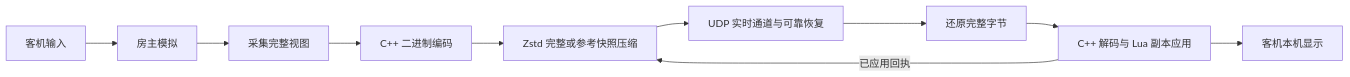
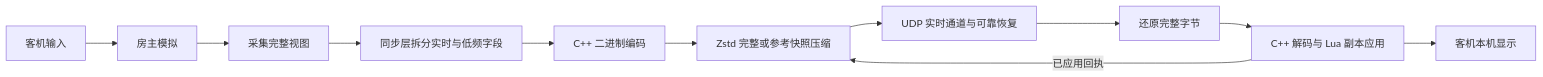
One commit to BMingSY/isaac-lan changed the diagram in docs/synchronization.md. Above: the diagram before and after it, drawn with Mermaid. The commit also changed other lines of this file and 107 other files, not shown here.

````diff
--- a/docs/synchronization.md
+++ b/docs/synchronization.md
@@ -7,12 +7,13 @@
 ```mermaid
 flowchart LR
     I[客机输入] --> H[房主模拟]
     H --> C[采集完整视图]
-    C --> E[C++ 二进制编码]
+    C --> L[同步层拆分实时与低频字段]
+    L --> E[C++ 二进制编码]
     E --> D[Zstd 完整或参考快照压缩]
     D --> T[UDP 实时通道与可靠恢复]
     T --> R[还原完整字节]
     R --> A[C++ 解码与 Lua 副本应用]
     A --> P[客机本机显示]
     A -->|已应用回执| D
 ```
````
